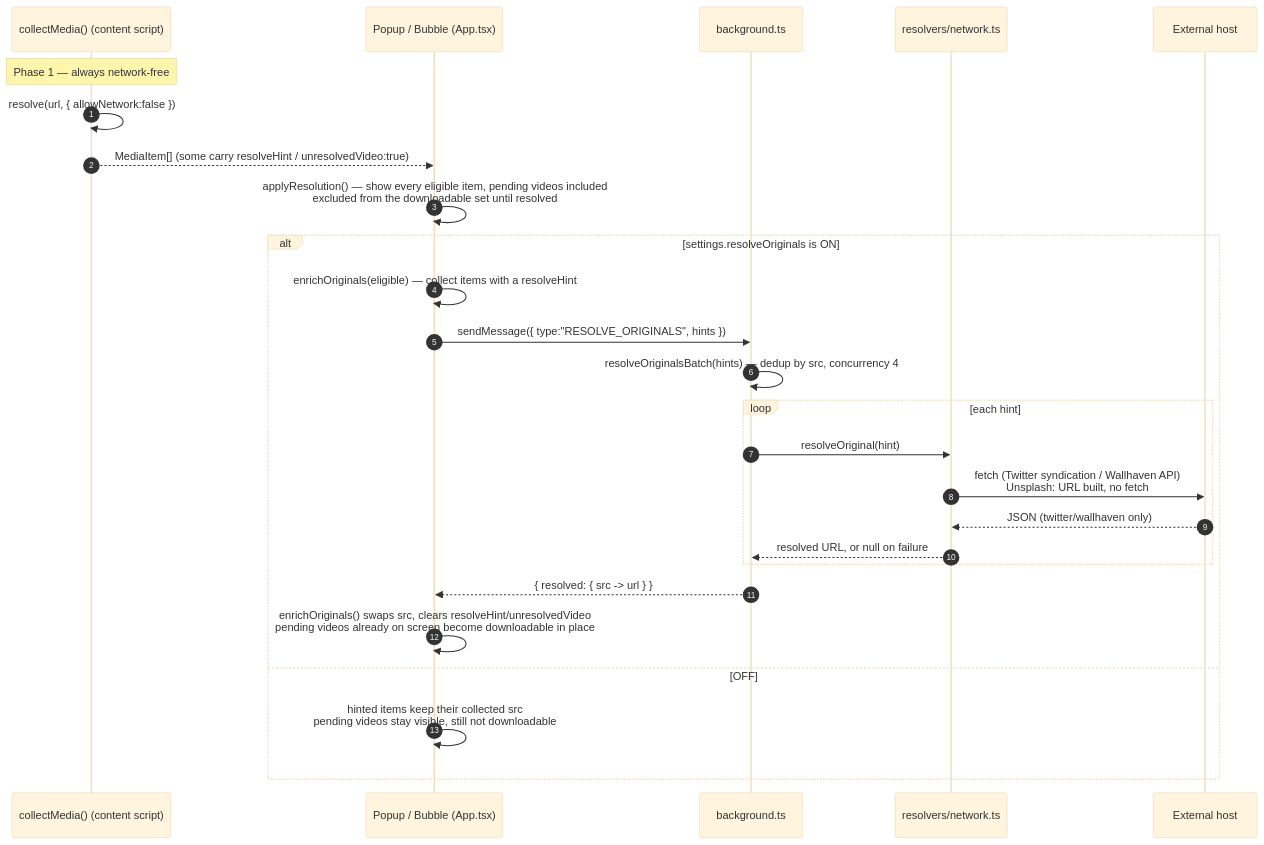
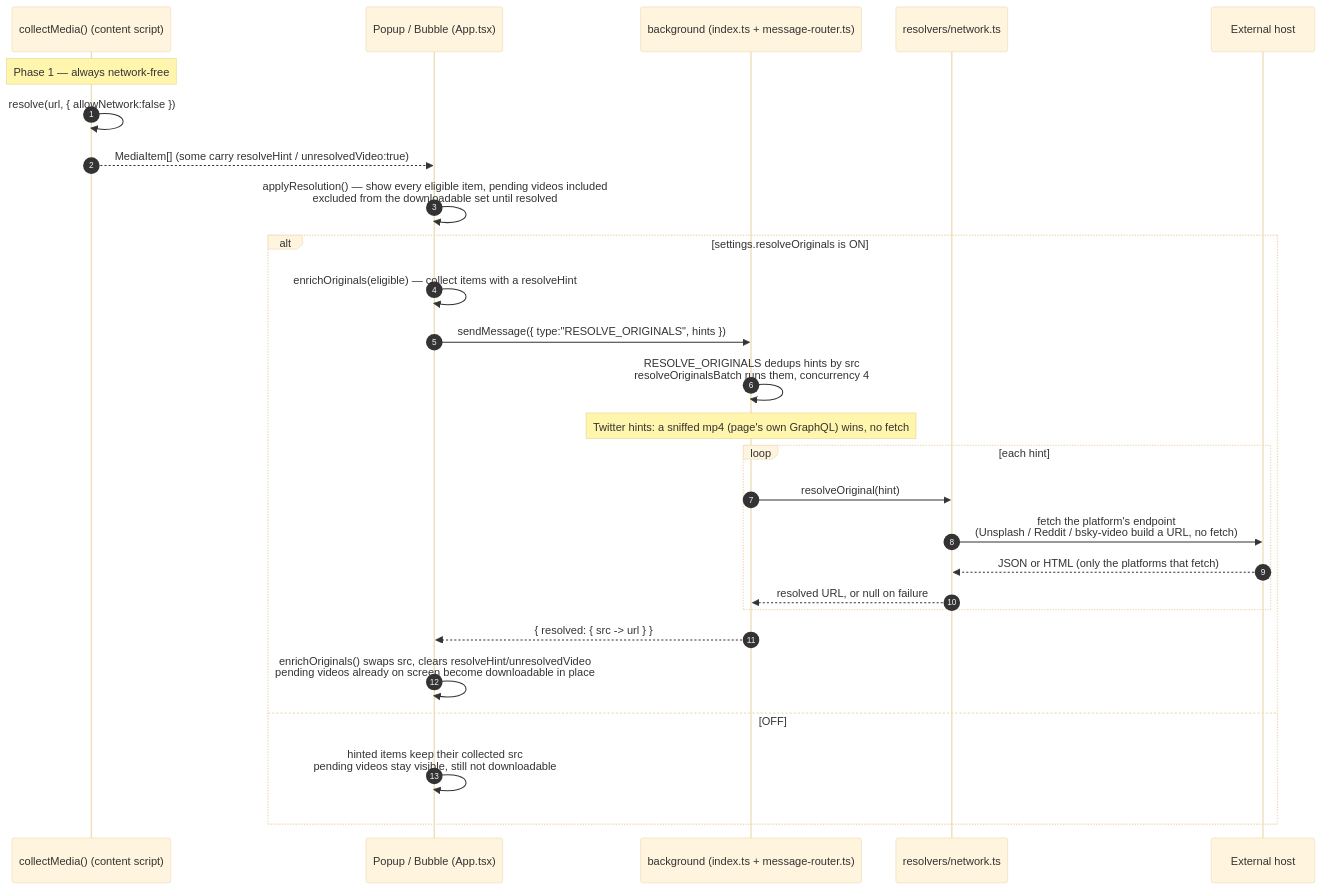
Before and after one commit to mralaminahamed/media-bulk-downloads: the diagram in docs/guides/resolve-originals.md, drawn with Mermaid (base theme). The commit also changed other lines of this file and 4 other files, not shown here.

First line of the commit message:
docs(guides): rewrite architecture, collection-pipeline, resolve-originals, history, index (verified vs code)

````diff
--- a/docs/guides/resolve-originals.md
+++ b/docs/guides/resolve-originals.md
@@ -66,30 +81,31 @@
 ```mermaid
 sequenceDiagram
   autonumber
   participant CM as collectMedia() (content script)
   participant P as Popup / Bubble (App.tsx)
-  participant BG as background.ts
+  participant BG as background (index.ts + message-router.ts)
   participant NET as resolvers/network.ts
   participant EXT as External host
 
   Note over CM: Phase 1 — always network-free
   CM->>CM: resolve(url, { allowNetwork:false })
   CM-->>P: MediaItem[] (some carry resolveHint / unresolvedVideo:true)
   P->>P: applyResolution() — show every eligible item, pending videos included<br/>excluded from the downloadable set until resolved
 
   alt settings.resolveOriginals is ON
     P->>P: enrichOriginals(eligible) — collect items with a resolveHint
     P->>BG: sendMessage({ type:"RESOLVE_ORIGINALS", hints })
-    BG->>BG: resolveOriginalsBatch(hints) — dedup by src, concurrency 4
+    BG->>BG: RESOLVE_ORIGINALS dedups hints by src<br/>resolveOriginalsBatch runs them, concurrency 4
+    Note over BG: Twitter hints: a sniffed mp4 (page's own GraphQL) wins, no fetch
     loop each hint
       BG->>NET: resolveOriginal(hint)
-      NET->>EXT: fetch (Twitter syndication / Wallhaven API)<br/>Unsplash: URL built, no fetch
-      EXT-->>NET: JSON (twitter/wallhaven only)
+      NET->>EXT: fetch the platform's endpoint<br/>(Unsplash / Reddit / bsky-video build a URL, no fetch)
+      EXT-->>NET: JSON or HTML (only the platforms that fetch)
       NET-->>BG: resolved URL, or null on failure
     end
     BG-->>P: { resolved: { src -> url } }
     P->>P: enrichOriginals() swaps src, clears resolveHint/unresolvedVideo<br/>pending videos already on screen become downloadable in place
   else OFF
     P->>P: hinted items keep their collected src<br/>pending videos stay visible, still not downloadable
   end
 ```
````
